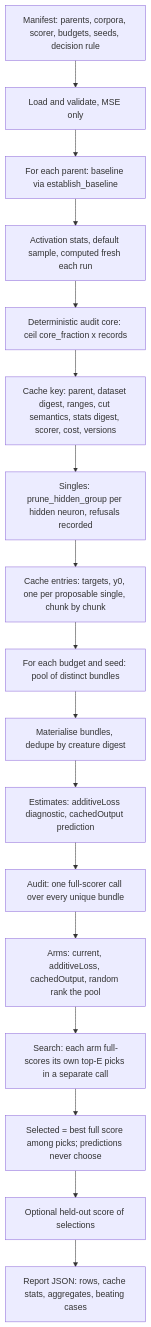
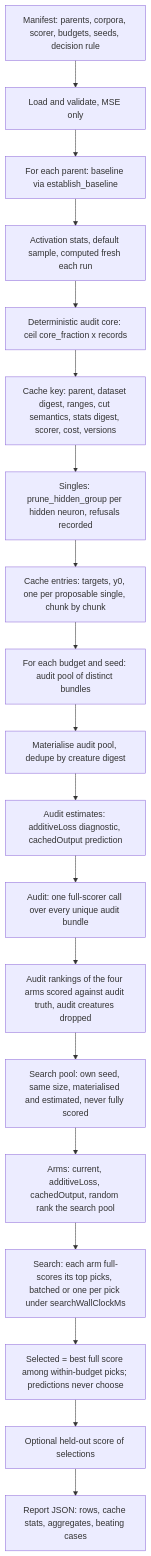
One commit to stSoftwareAU/NEAT-AI-Ockham changed the diagram in docs/additivity-experiment.md. Above: the diagram before and after it, drawn with Mermaid. The commit also changed other lines of this file and 7 other files, not shown here.

First line of the commit message:
Experiment: rank pruning bundles using cached output deltas (Issue #260) (#273)

````diff
--- a/docs/additivity-experiment.md
+++ b/docs/additivity-experiment.md
@@ -35,19 +35,21 @@
 ```mermaid
 flowchart TD
     M[Manifest: parents, corpora, scorer, budgets, seeds, decision rule] --> L[Load and validate, MSE only]
     L --> P[For each parent: baseline via establish_baseline]
     P --> S[Activation stats, default sample, computed fresh each run]
     S --> C[Deterministic audit core: ceil core_fraction x records]
     C --> K[Cache key: parent, dataset digest, ranges, cut semantics, stats digest, scorer, cost, versions]
     K --> E[Singles: prune_hidden_group per hidden neuron, refusals recorded]
     E --> O[Cache entries: targets, y0, one per proposable single, chunk by chunk]
-    O --> R[For each budget and seed: pool of distinct bundles]
-    R --> Q[Materialise bundles, dedupe by creature digest]
-    Q --> A[Estimates: additiveLoss diagnostic, cachedOutput prediction]
-    A --> F[Audit: one full-scorer call over every unique bundle]
-    F --> G[Arms: current, additiveLoss, cachedOutput, random rank the pool]
-    G --> H[Search: each arm full-scores its own top-E picks in a separate call]
-    H --> V[Selected = best full score among picks; predictions never choose]
+    O --> R[For each budget and seed: audit pool of distinct bundles]
+    R --> Q[Materialise audit pool, dedupe by creature digest]
+    Q --> A[Audit estimates: additiveLoss diagnostic, cachedOutput prediction]
+    A --> F[Audit: one full-scorer call over every unique audit bundle]
+    F --> T[Audit rankings of the four arms scored against audit truth, audit creatures dropped]
+    T --> SP[Search pool: own seed, same size, materialised and estimated, never fully scored]
+    SP --> G[Arms: current, additiveLoss, cachedOutput, random rank the search pool]
+    G --> H[Search: each arm full-scores its top picks, batched or one per pick under searchWallClockMs]
+    H --> V[Selected = best full score among within-budget picks; predictions never choose]
     V --> X[Optional held-out score of selections]
     X --> REP[Report JSON: rows, cache stats, aggregates, beating cases]
 ```
````
